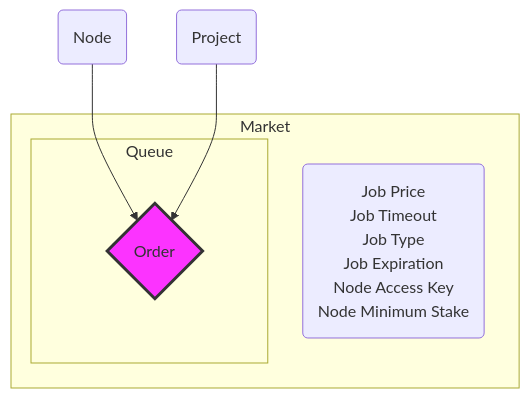
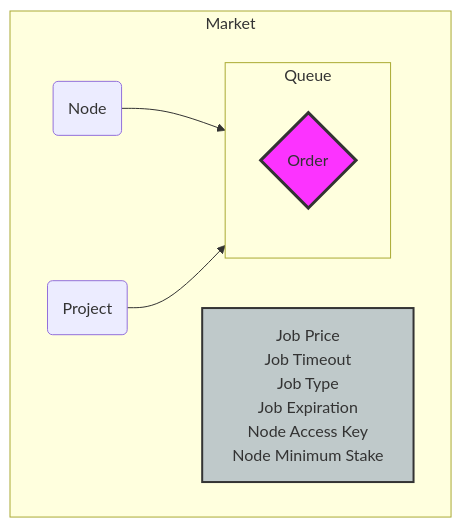
Before and after one commit to nosana-ci/docs.nosana.io: the fourth of 4 diagrams in docs/programs/jobs.md, drawn with Mermaid. The commit also changed other lines of this file, not shown here.

Commit message:
Upddate diagrams

````diff
--- a/docs/programs/jobs.md
+++ b/docs/programs/jobs.md
@@ -711,19 +718,25 @@
 ```mermaid
 flowchart TB
     subgraph Market
-        market(Job Price<br>Job Timeout<br>Job Type<br>Job Expiration<br>Node Access Key<br>Node Minimum Stake)
+        node
+        project
+        market
         subgraph Queue
-             order
+            order
         end
     end
 
-    node --> order
-    project --> order
+    node --> Queue
+    project --> Queue
 
     node(Node)
     project(Project)
     order{Order}
+    market[Job Price<br>Job Timeout<br>Job Type<br>Job Expiration<br>Node Access Key<br>Node Minimum Stake]
+
 
     classDef purple fill:#FC33FF,stroke:#333,stroke-width:3px;
+    classDef grey fill:#BFC9CA,stroke:#333,stroke-width:2px;
     class order purple;
+    class market grey;
 ```
````
